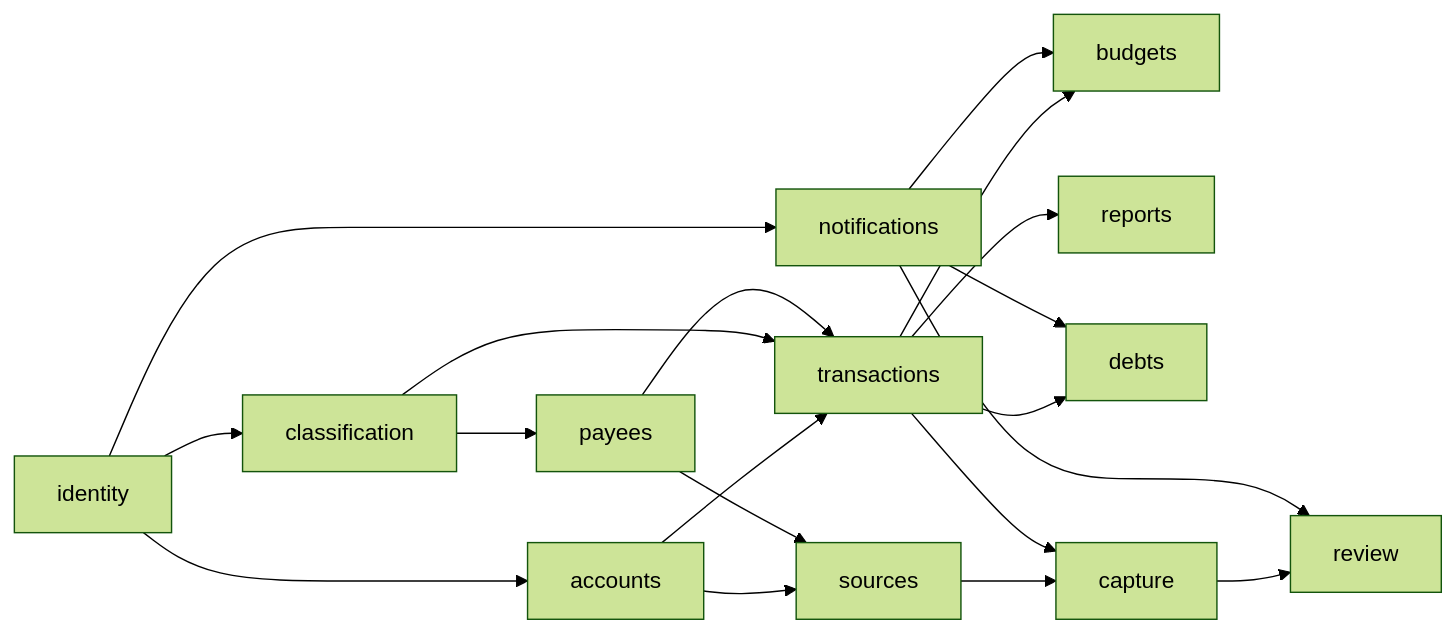
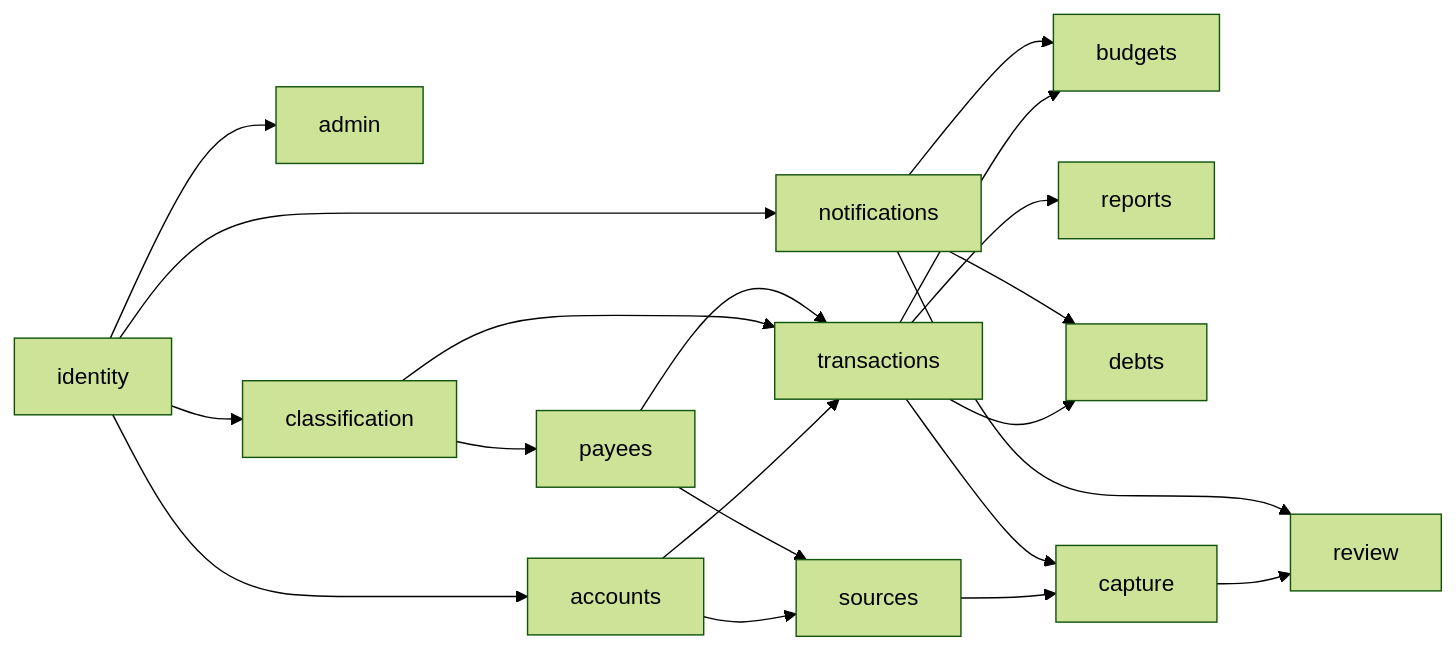
Before and after one commit to ali-hy/Budmon: the diagram in docs/product/spec-summary.md, drawn with Mermaid (forest theme). The commit also changed other lines of this file and 2 other files, not shown here.

First line of the commit message:
Project brief and spec summary v0.5: round 4 answers, admin module

````diff
--- a/docs/product/spec-summary.md
+++ b/docs/product/spec-summary.md
@@ -523,21 +563,22 @@
 ```mermaid
 flowchart LR
   identity --> accounts
+  identity --> admin
   identity --> classification
   classification --> payees
   accounts --> transactions
   classification --> transactions
   payees --> transactions
   identity --> notifications
   transactions --> budgets
   notifications --> budgets
   transactions --> reports
   transactions --> debts
   notifications --> debts
   accounts --> sources
   payees --> sources
   sources --> capture
   transactions --> capture
   capture --> review
   notifications --> review
 ```
````
